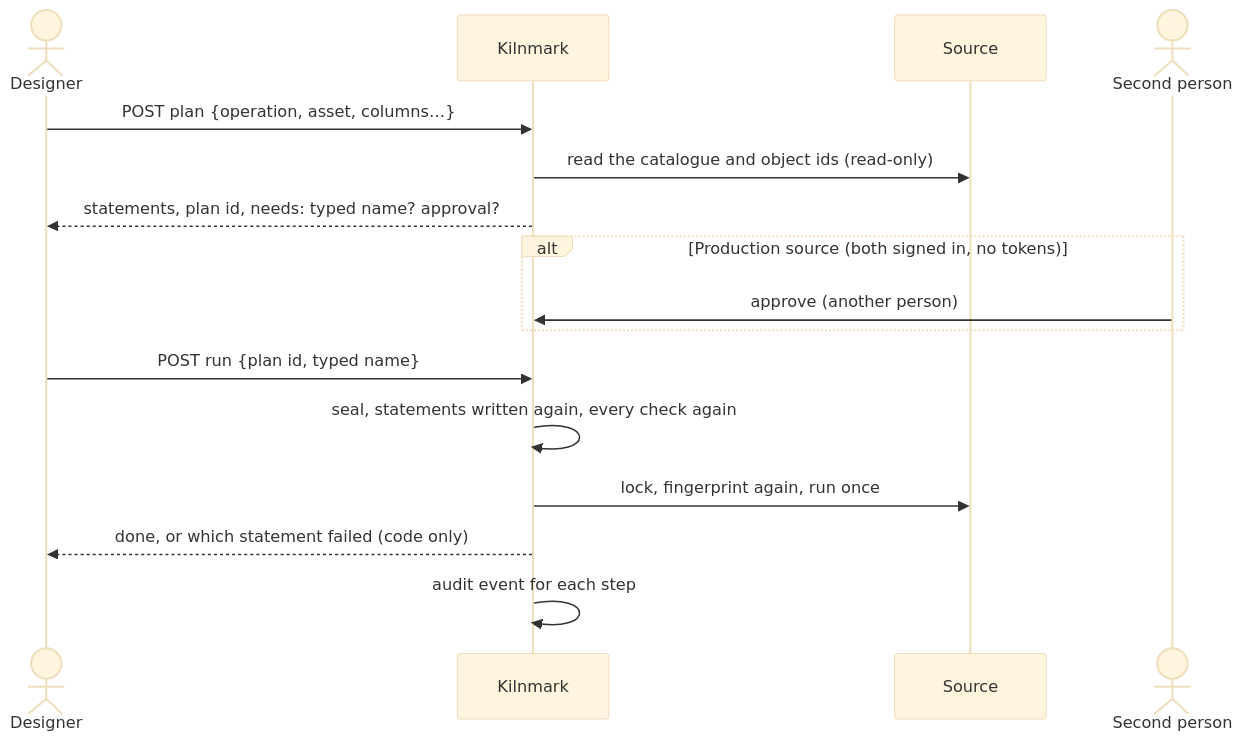
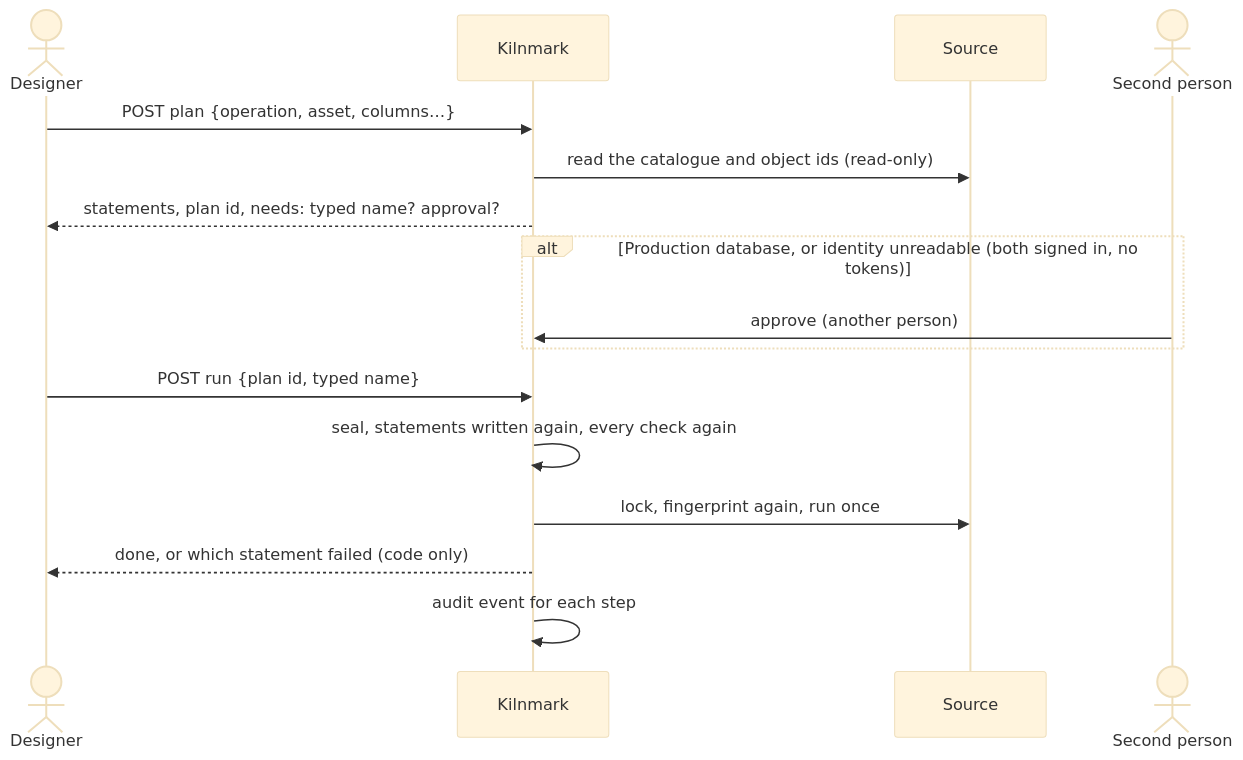
Before and after one commit to jporeilly/KilnMark: the second of 2 diagrams in docs/design/database-tools.md, drawn with Mermaid (base theme). The commit also changed other lines of this file and 3 other files, not shown here.

First line of the commit message:
ADR 0045: second review - Production asked of the database itself

````diff
--- a/docs/design/database-tools.md
+++ b/docs/design/database-tools.md
@@ -147,18 +149,18 @@
 ```mermaid
 sequenceDiagram
   actor D as Designer
   participant K as Kilnmark
   participant DB as Source
   actor A as Second person
   D->>K: POST plan {operation, asset, columns…}
   K->>DB: read the catalogue and object ids (read-only)
   K-->>D: statements, plan id, needs: typed name? approval?
-  alt Production source (both signed in, no tokens)
+  alt Production database, or identity unreadable (both signed in, no tokens)
     A->>K: approve (another person)
   end
   D->>K: POST run {plan id, typed name}
   K->>K: seal, statements written again, every check again
   K->>DB: lock, fingerprint again, run once
   K-->>D: done, or which statement failed (code only)
   K->>K: audit event for each step
 ```
````
